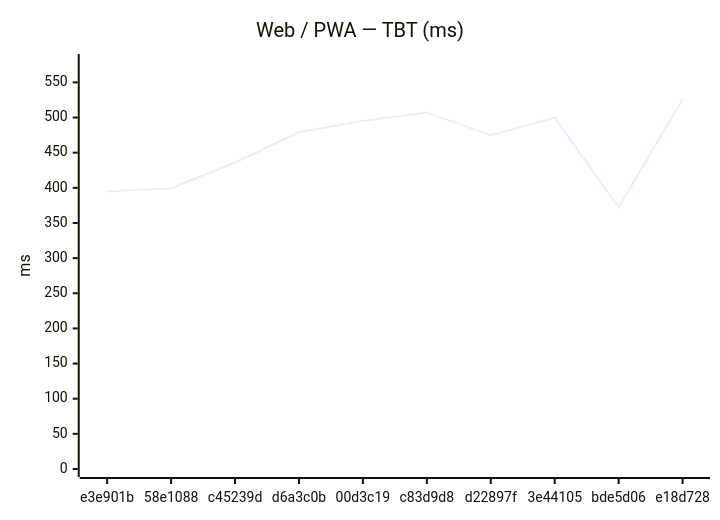
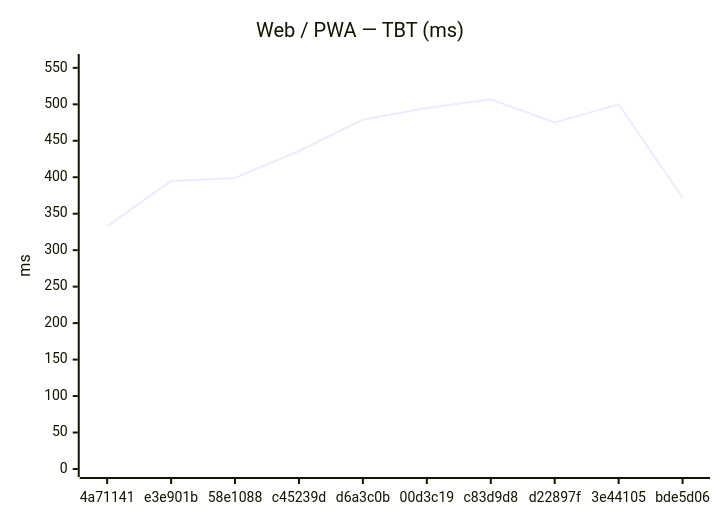
One commit to Metaheurist/Rianell changed the second of 18 diagrams in benchmarks/compare.md. Above: the diagram before and after it, drawn with Mermaid. The commit also changed other lines of this file and 11 other files, not shown here.

````diff
--- a/benchmarks/compare.md
+++ b/benchmarks/compare.md
@@ -31,7 +31,7 @@
 ```mermaid
 xychart-beta
     title "Web / PWA — TBT (ms)"
-    x-axis ["e3e901b", "58e1088", "c45239d", "d6a3c0b", "00d3c19", "c83d9d8", "d22897f", "3e44105", "bde5d06", "e18d728"]
-    y-axis "ms" 0 --> 579
-    line [395, 399, 436, 479, 495, 507, 475, 500, 372, 526]
+    x-axis ["4a71141", "e3e901b", "58e1088", "c45239d", "d6a3c0b", "00d3c19", "c83d9d8", "d22897f", "3e44105", "bde5d06"]
+    y-axis "ms" 0 --> 558
+    line [333, 395, 399, 436, 479, 495, 507, 475, 500, 372]
 ```
````
